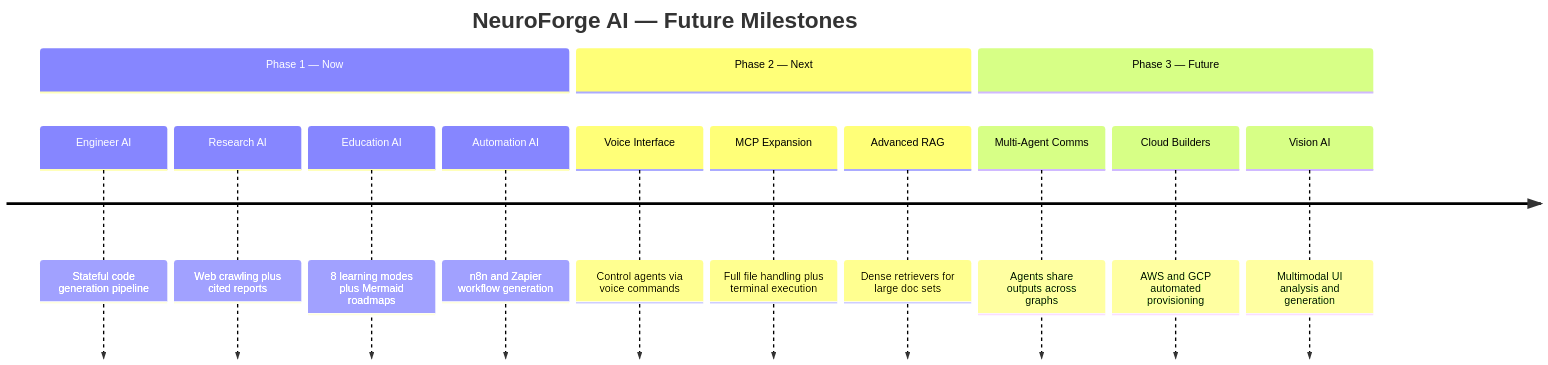
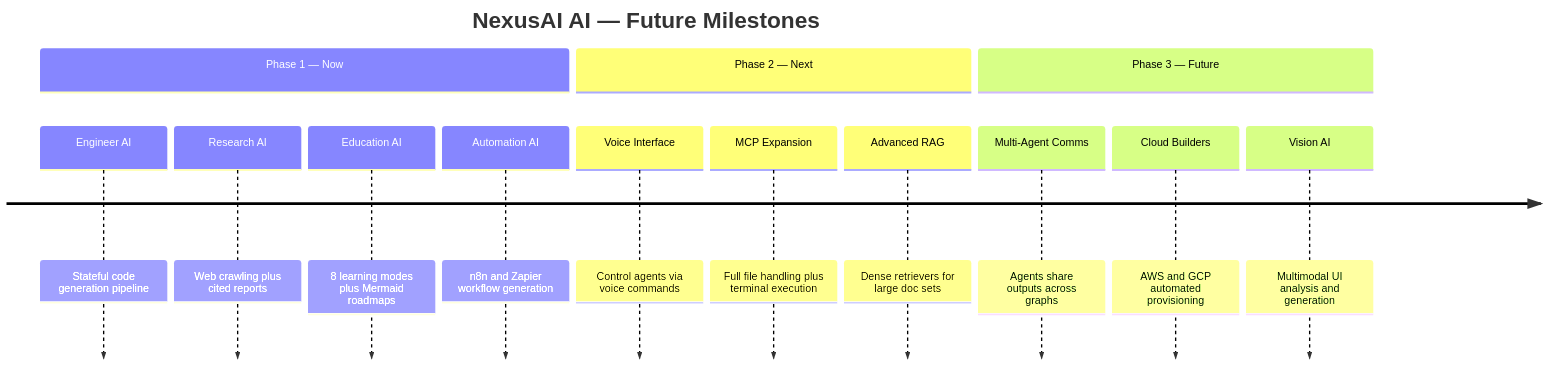
One commit to Himanshuyadav37/AetheraAI changed the second of 2 diagrams in README.md. Above: the diagram before and after it, drawn with Mermaid. The commit also changed other lines of this file and 114 other files, not shown here.

````diff
--- a/README.md
+++ b/README.md
@@ -667,17 +667,17 @@
 ```mermaid
 timeline
-    title NeuroForge AI — Future Milestones
+    title NexusAI AI — Future Milestones
     section Phase 1 — Now
         Engineer AI     : Stateful code generation pipeline
         Research AI     : Web crawling plus cited reports
         Education AI    : 8 learning modes plus Mermaid roadmaps
         Automation AI   : n8n and Zapier workflow generation
     section Phase 2 — Next
         Voice Interface : Control agents via voice commands
         MCP Expansion   : Full file handling plus terminal execution
         Advanced RAG    : Dense retrievers for large doc sets
     section Phase 3 — Future
         Multi-Agent Comms : Agents share outputs across graphs
         Cloud Builders    : AWS and GCP automated provisioning
         Vision AI         : Multimodal UI analysis and generation
 ```
````
